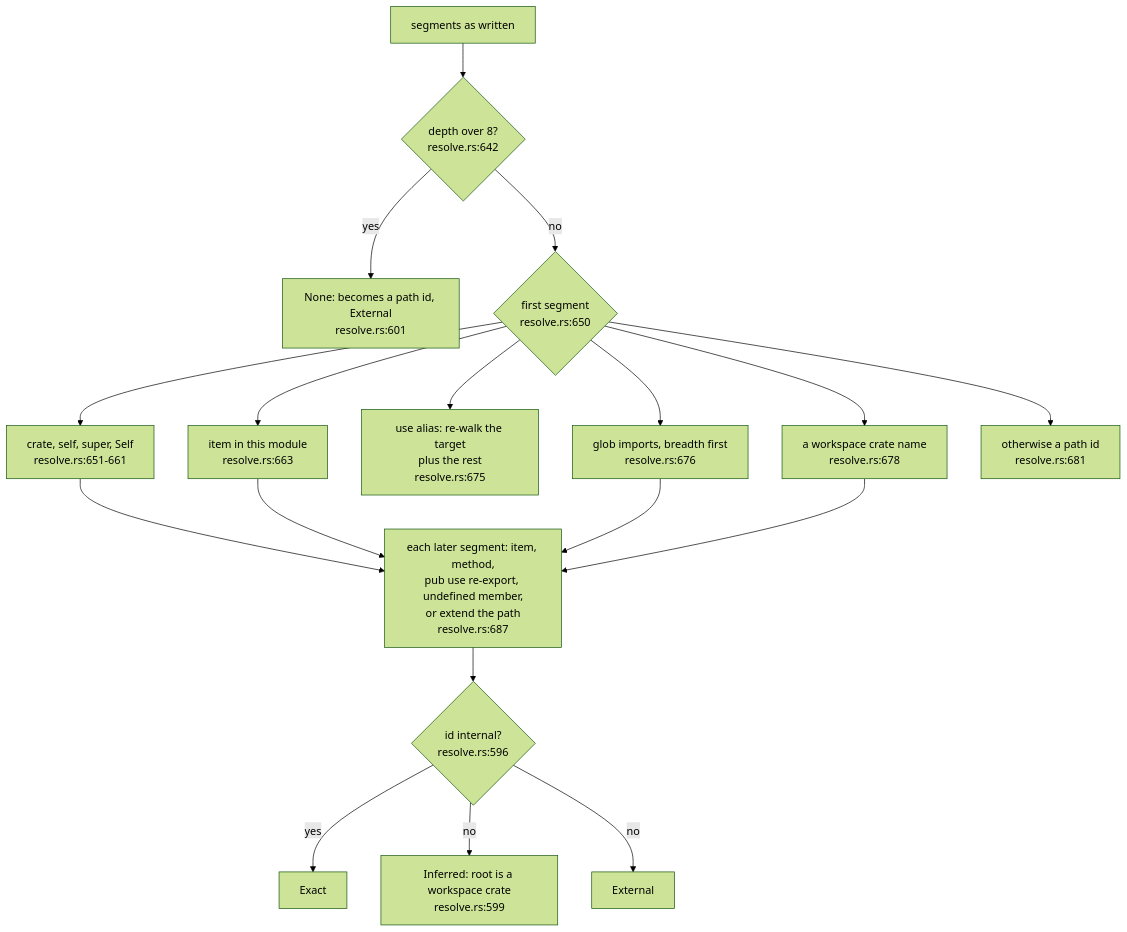
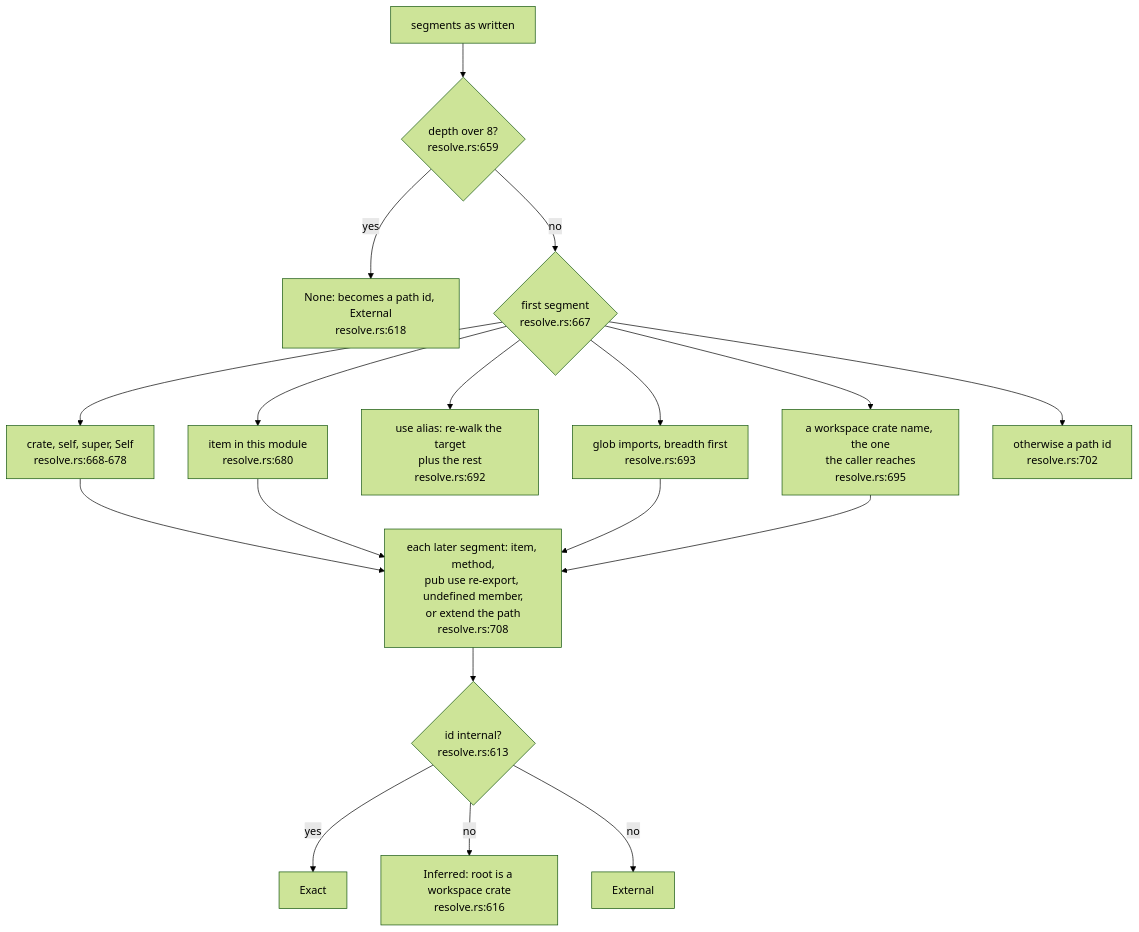
One commit to DreamLab-AI/codemaid changed the second of 6 diagrams in docs/diagrams/extract/05-workspace-name-resolution.md. Above: the diagram before and after it, drawn with Mermaid (forest theme). The commit also changed other lines of this file and 21 other files, not shown here.

````diff
--- a/docs/diagrams/extract/05-workspace-name-resolution.md
+++ b/docs/diagrams/extract/05-workspace-name-resolution.md
@@ -108,31 +108,31 @@
 ```mermaid
 flowchart TB
     S["segments as written"]
-    DEP{"depth over 8?<br/>resolve.rs:642"}
-    NONE["None: becomes a path id, External<br/>resolve.rs:601"]
-    F{"first segment<br/>resolve.rs:650"}
-    KW["crate, self, super, Self<br/>resolve.rs:651-661"]
-    LOC["item in this module<br/>resolve.rs:663"]
-    USE["use alias: re-walk the target<br/>plus the rest<br/>resolve.rs:675"]
-    GL["glob imports, breadth first<br/>resolve.rs:676"]
-    CR["a workspace crate name<br/>resolve.rs:678"]
-    PATH["otherwise a path id<br/>resolve.rs:681"]
-    REST["each later segment: item, method,<br/>pub use re-export, undefined member,<br/>or extend the path<br/>resolve.rs:687"]
-    RES{"id internal?<br/>resolve.rs:596"}
+    DEP{"depth over 8?<br/>resolve.rs:659"}
+    NONE["None: becomes a path id, External<br/>resolve.rs:618"]
+    F{"first segment<br/>resolve.rs:667"}
+    KW["crate, self, super, Self<br/>resolve.rs:668-678"]
+    LOC["item in this module<br/>resolve.rs:680"]
+    USE["use alias: re-walk the target<br/>plus the rest<br/>resolve.rs:692"]
+    GL["glob imports, breadth first<br/>resolve.rs:693"]
+    CR["a workspace crate name, the one<br/>the caller reaches<br/>resolve.rs:695"]
+    PATH["otherwise a path id<br/>resolve.rs:702"]
+    REST["each later segment: item, method,<br/>pub use re-export, undefined member,<br/>or extend the path<br/>resolve.rs:708"]
+    RES{"id internal?<br/>resolve.rs:613"}
     EXA["Exact"]
-    INF["Inferred: root is a workspace crate<br/>resolve.rs:599"]
+    INF["Inferred: root is a workspace crate<br/>resolve.rs:616"]
     EXT["External"]
     S --> DEP
     DEP -->|yes| NONE
     DEP -->|no| F
     F --> KW --> REST
     F --> LOC --> REST
     F --> USE
     F --> GL --> REST
     F --> CR --> REST
     F --> PATH
     REST --> RES
     RES -->|yes| EXA
     RES -->|no| INF
     RES -->|no| EXT
 ```
````
